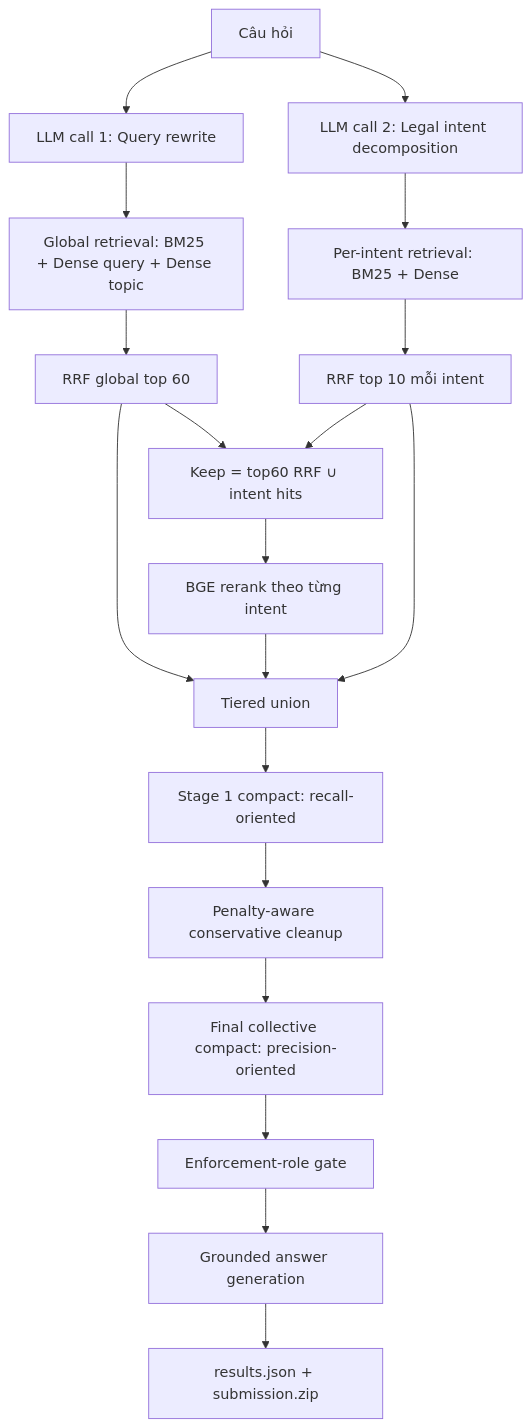
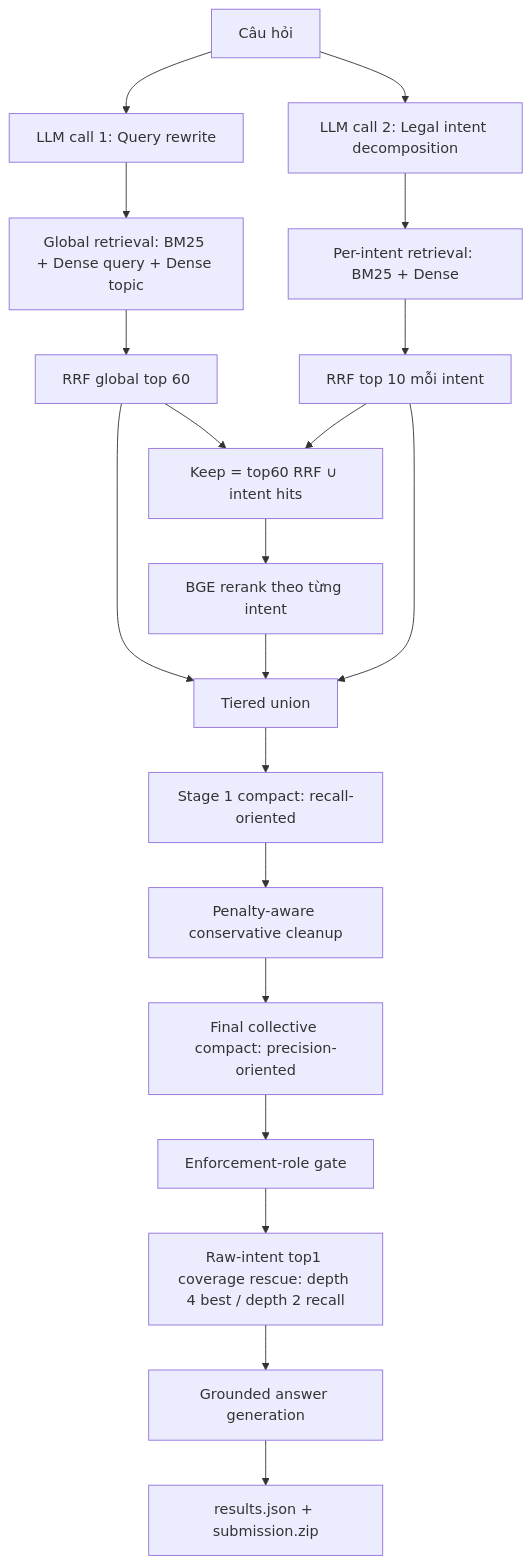
The diagram in legal-ai/docs/rag-workflow.md (tuta202/vietnamese-legal-ai), drawn with Mermaid before and after one commit. The commit also changed other lines of this file and 9 other files, not shown here.

````diff
--- a/legal-ai/docs/rag-workflow.md
+++ b/legal-ai/docs/rag-workflow.md
@@ -6,25 +6,26 @@
 ```mermaid
 flowchart TD
     Q["Câu hỏi"] --> RW["LLM call 1: Query rewrite"]
     Q --> DI["LLM call 2: Legal intent decomposition"]
 
     RW --> GR["Global retrieval: BM25 + Dense query + Dense topic"]
     GR --> RRF["RRF global top 60"]
 
     DI --> IR["Per-intent retrieval: BM25 + Dense"]
     IR --> I10["RRF top 10 mỗi intent"]
 
     RRF --> KEEP["Keep = top60 RRF ∪ intent hits"]
     I10 --> KEEP
     KEEP --> BGE["BGE rerank theo từng intent"]
 
     RRF --> TIER["Tiered union"]
     BGE --> TIER
     I10 --> TIER
     TIER --> S1["Stage 1 compact: recall-oriented"]
     S1 --> CLEAN["Penalty-aware conservative cleanup"]
     CLEAN --> FINAL["Final collective compact: precision-oriented"]
     FINAL --> GATE["Enforcement-role gate"]
-    GATE --> GEN["Grounded answer generation"]
+    GATE --> RESCUE["Raw-intent top1 coverage rescue: depth 4 best / depth 2 recall"]
+    RESCUE --> GEN["Grounded answer generation"]
     GEN --> OUT["results.json + submission.zip"]
 ```
````
